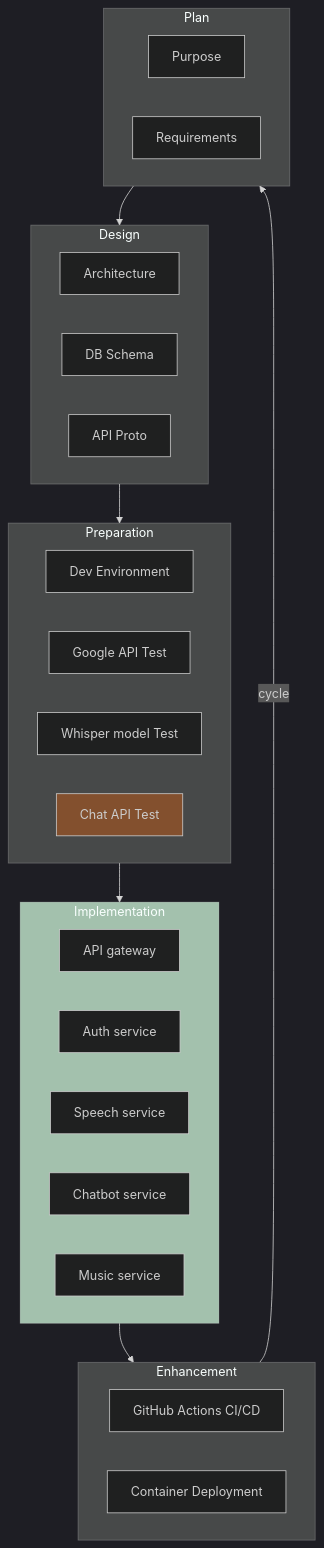
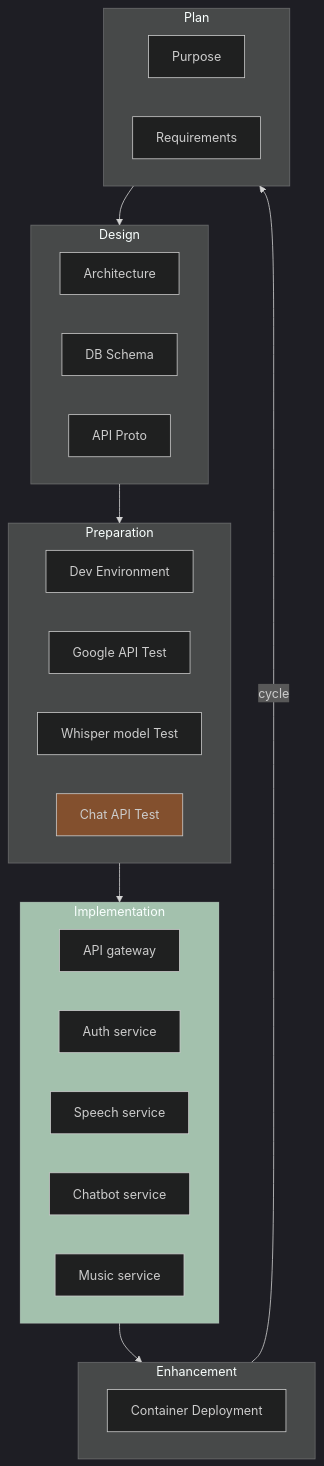
Before and after one commit to kimsehyoung/dongle: the diagram in README.md, drawn with Mermaid. The commit also changed other lines of this file and 30 other files, not shown here.

````diff
--- a/README.md
+++ b/README.md
@@ -26,45 +26,44 @@
 ```mermaid
 %%{init: {'theme':'dark'}}%%
 
 
 flowchart TD
     subgraph Design
         architecture["Architecture"]
         db_schema["DB Schema"]
         api_proto["API Proto"]
     end
 
     subgraph Preparation
         dev_environment["Dev Environment"]
         google_api_test["Google API Test"]
         whisper_api_test["Whisper model Test"]
         chat_api_test["Chat API Test"]
     end
 
     subgraph Implementation
         api_gateway["API gateway"]
         auth_service["Auth service"]
         speech_service["Speech service"]
         chatbot_service["Chatbot service"]
         music_service["Music service"]
     end
 
     subgraph Enhancement
-        github_actions_cicd["GitHub Actions CI/CD"]
         container_deployment["Container Deployment"]
     end
 
     subgraph Plan
         purpose["Purpose"]
         requirements["Requirements"]
     end
 
     Plan --> Design
     Design --> Preparation
     Preparation --> Implementation:::ing
     Implementation --> Enhancement
     Enhancement -->|cycle| Plan
 
 classDef ing fill:#A3C1AD;
 style chat_api_test fill:#83502E 
 ```
````
